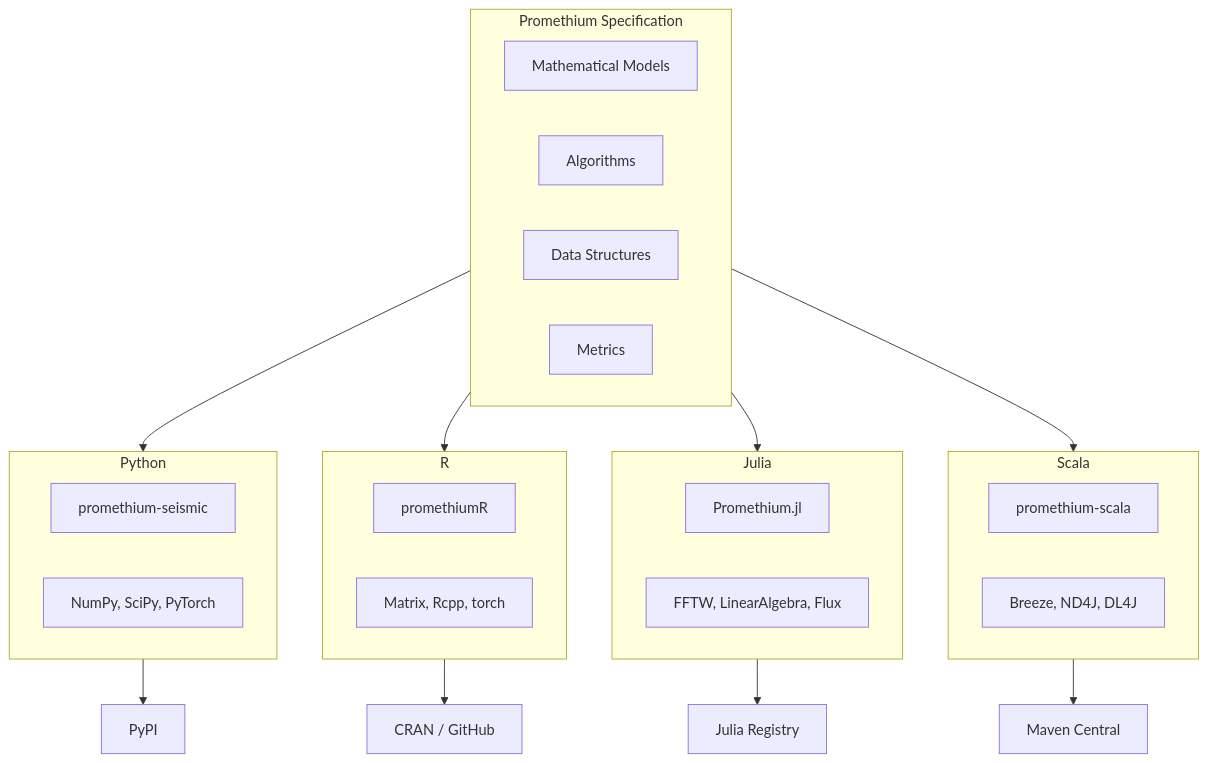
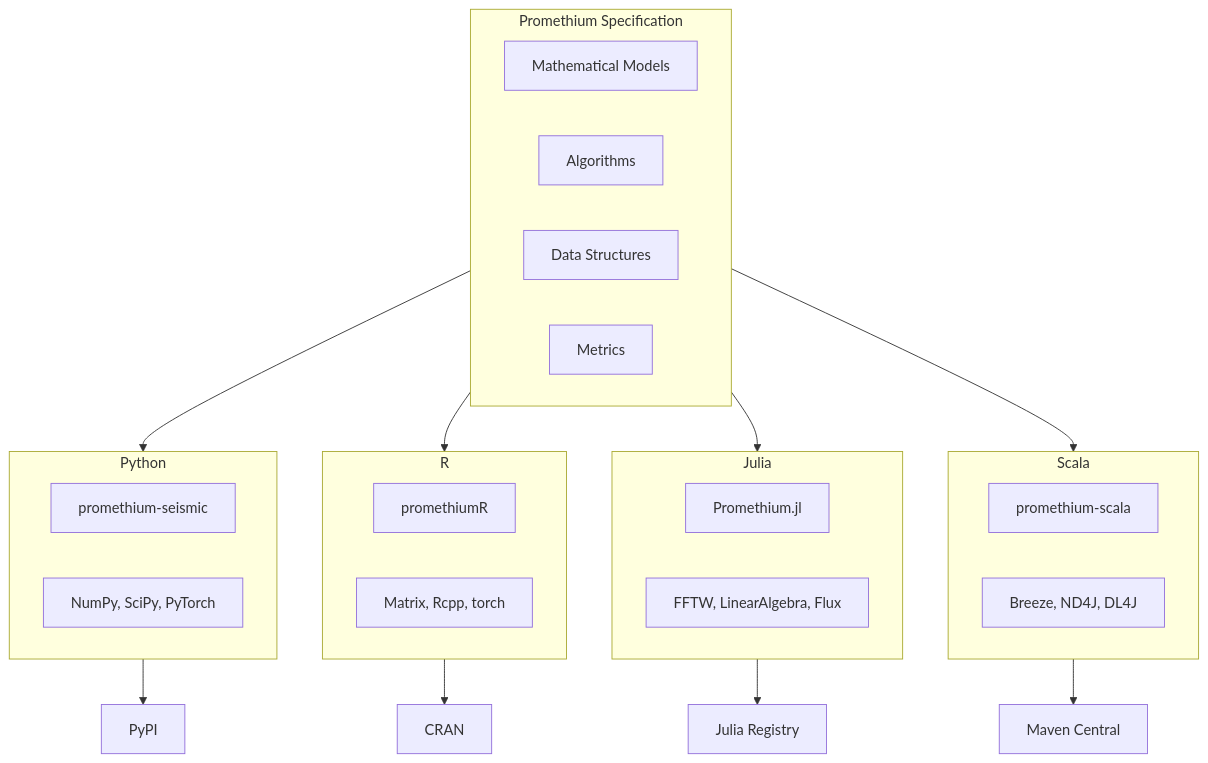
The first of 2 diagrams in docs/architecture.md (olaflaitinen/Promethium), drawn with Mermaid before and after one commit. The commit also changed other lines of this file and 46 other files, not shown here.

````diff
--- a/docs/architecture.md
+++ b/docs/architecture.md
@@ -21,40 +21,40 @@
 ```mermaid
 flowchart TB
     subgraph SPEC["Promethium Specification"]
         direction LR
         S1["Mathematical Models"]
         S2["Algorithms"]
         S3["Data Structures"]
         S4["Metrics"]
     end
     
     SPEC --> PY
     SPEC --> R
     SPEC --> JL
     SPEC --> SC
     
     subgraph PY["Python"]
         PY1["promethium-seismic"]
         PY2["NumPy, SciPy, PyTorch"]
     end
     
     subgraph R["R"]
         R1["promethiumR"]
         R2["Matrix, Rcpp, torch"]
     end
     
     subgraph JL["Julia"]
         JL1["Promethium.jl"]
         JL2["FFTW, LinearAlgebra, Flux"]
     end
     
     subgraph SC["Scala"]
         SC1["promethium-scala"]
         SC2["Breeze, ND4J, DL4J"]
     end
     
     PY --> PYPI["PyPI"]
-    R --> CRAN["CRAN / GitHub"]
+    R --> CRAN["CRAN"]
     JL --> JLREG["Julia Registry"]
     SC --> MVN["Maven Central"]
 ```
````
